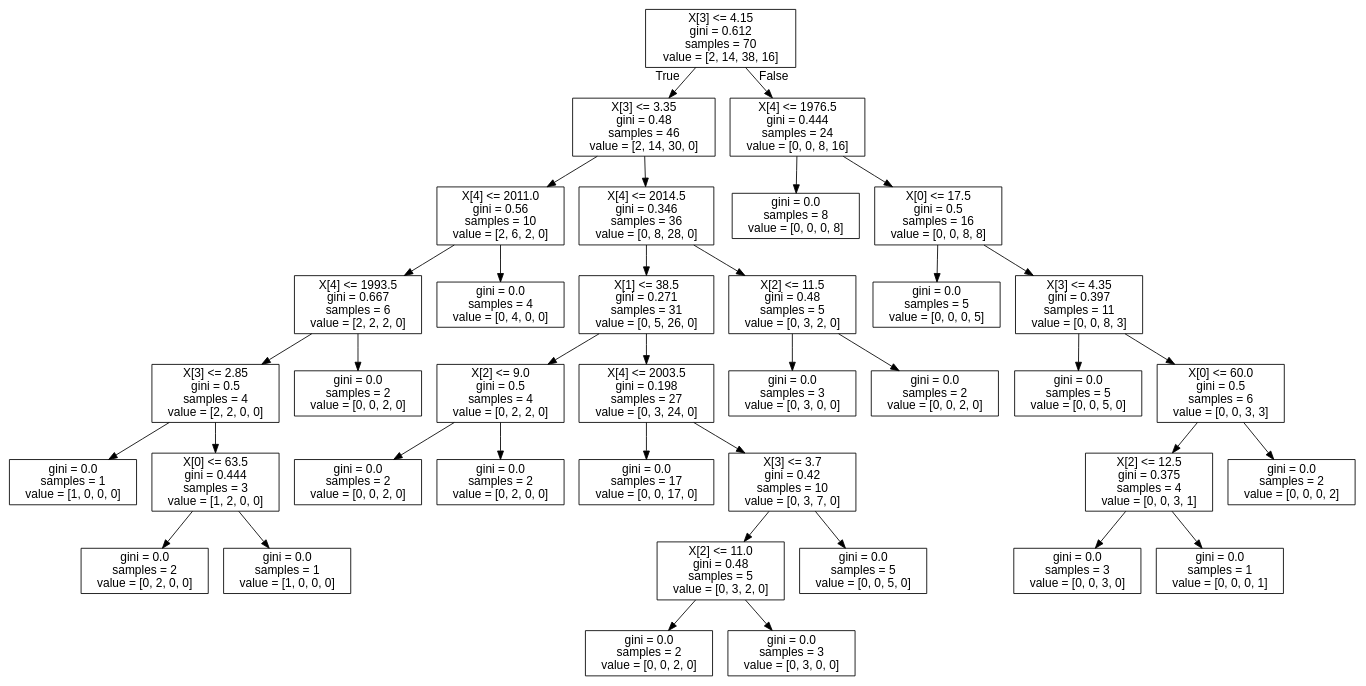
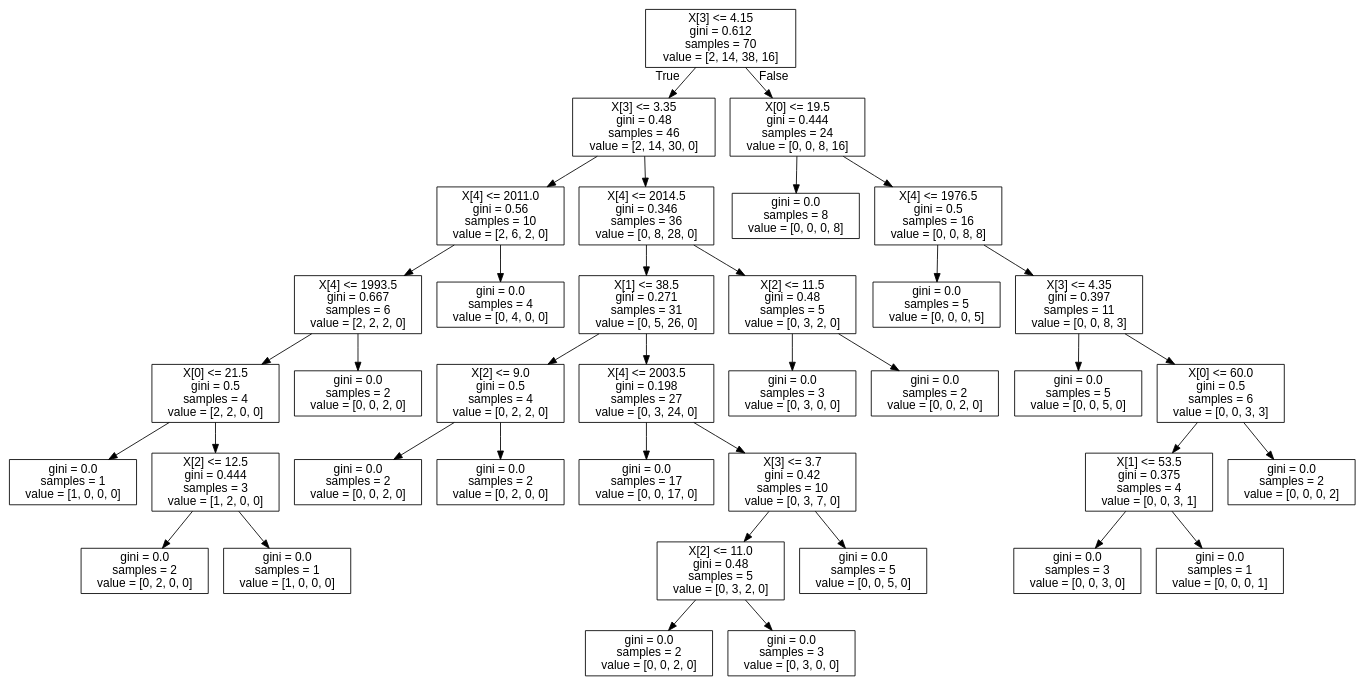
One commit to ViniciusOSAntos/Data-Science---Estudos-e-Atividades changed the diagram in BibliotecaMusicalV2/tree.dot. Above: the diagram before and after it, drawn with Graphviz. The commit also changed 2 other files, not shown here.

```diff
--- a/BibliotecaMusicalV2/tree.dot
+++ b/BibliotecaMusicalV2/tree.dot
@@ -1,77 +1,77 @@
 digraph Tree {
 node [shape=box, fontname="helvetica"] ;
 edge [fontname="helvetica"] ;
 0 [label="X[3] <= 4.15\ngini = 0.612\nsamples = 70\nvalue = [2, 14, 38, 16]"] ;
 1 [label="X[3] <= 3.35\ngini = 0.48\nsamples = 46\nvalue = [2, 14, 30, 0]"] ;
 0 -> 1 [labeldistance=2.5, labelangle=45, headlabel="True"] ;
 2 [label="X[4] <= 2011.0\ngini = 0.56\nsamples = 10\nvalue = [2, 6, 2, 0]"] ;
 1 -> 2 ;
 3 [label="X[4] <= 1993.5\ngini = 0.667\nsamples = 6\nvalue = [2, 2, 2, 0]"] ;
 2 -> 3 ;
-4 [label="X[3] <= 2.85\ngini = 0.5\nsamples = 4\nvalue = [2, 2, 0, 0]"] ;
+4 [label="X[0] <= 21.5\ngini = 0.5\nsamples = 4\nvalue = [2, 2, 0, 0]"] ;
 3 -> 4 ;
 5 [label="gini = 0.0\nsamples = 1\nvalue = [1, 0, 0, 0]"] ;
 4 -> 5 ;
-6 [label="X[0] <= 63.5\ngini = 0.444\nsamples = 3\nvalue = [1, 2, 0, 0]"] ;
+6 [label="X[2] <= 12.5\ngini = 0.444\nsamples = 3\nvalue = [1, 2, 0, 0]"] ;
 4 -> 6 ;
 7 [label="gini = 0.0\nsamples = 2\nvalue = [0, 2, 0, 0]"] ;
 6 -> 7 ;
 8 [label="gini = 0.0\nsamples = 1\nvalue = [1, 0, 0, 0]"] ;
 6 -> 8 ;
 9 [label="gini = 0.0\nsamples = 2\nvalue = [0, 0, 2, 0]"] ;
 3 -> 9 ;
 10 [label="gini = 0.0\nsamples = 4\nvalue = [0, 4, 0, 0]"] ;
 2 -> 10 ;
 11 [label="X[4] <= 2014.5\ngini = 0.346\nsamples = 36\nvalue = [0, 8, 28, 0]"] ;
 1 -> 11 ;
 12 [label="X[1] <= 38.5\ngini = 0.271\nsamples = 31\nvalue = [0, 5, 26, 0]"] ;
 11 -> 12 ;
 13 [label="X[2] <= 9.0\ngini = 0.5\nsamples = 4\nvalue = [0, 2, 2, 0]"] ;
 12 -> 13 ;
 14 [label="gini = 0.0\nsamples = 2\nvalue = [0, 0, 2, 0]"] ;
 13 -> 14 ;
 15 [label="gini = 0.0\nsamples = 2\nvalue = [0, 2, 0, 0]"] ;
 13 -> 15 ;
 16 [label="X[4] <= 2003.5\ngini = 0.198\nsamples = 27\nvalue = [0, 3, 24, 0]"] ;
 12 -> 16 ;
 17 [label="gini = 0.0\nsamples = 17\nvalue = [0, 0, 17, 0]"] ;
 16 -> 17 ;
 18 [label="X[3] <= 3.7\ngini = 0.42\nsamples = 10\nvalue = [0, 3, 7, 0]"] ;
 16 -> 18 ;
 19 [label="X[2] <= 11.0\ngini = 0.48\nsamples = 5\nvalue = [0, 3, 2, 0]"] ;
 18 -> 19 ;
 20 [label="gini = 0.0\nsamples = 2\nvalue = [0, 0, 2, 0]"] ;
 19 -> 20 ;
 21 [label="gini = 0.0\nsamples = 3\nvalue = [0, 3, 0, 0]"] ;
 19 -> 21 ;
 22 [label="gini = 0.0\nsamples = 5\nvalue = [0, 0, 5, 0]"] ;
 18 -> 22 ;
 23 [label="X[2] <= 11.5\ngini = 0.48\nsamples = 5\nvalue = [0, 3, 2, 0]"] ;
 11 -> 23 ;
 24 [label="gini = 0.0\nsamples = 3\nvalue = [0, 3, 0, 0]"] ;
 23 -> 24 ;
 25 [label="gini = 0.0\nsamples = 2\nvalue = [0, 0, 2, 0]"] ;
 23 -> 25 ;
-26 [label="X[4] <= 1976.5\ngini = 0.444\nsamples = 24\nvalue = [0, 0, 8, 16]"] ;
+26 [label="X[0] <= 19.5\ngini = 0.444\nsamples = 24\nvalue = [0, 0, 8, 16]"] ;
 0 -> 26 [labeldistance=2.5, labelangle=-45, headlabel="False"] ;
 27 [label="gini = 0.0\nsamples = 8\nvalue = [0, 0, 0, 8]"] ;
 26 -> 27 ;
-28 [label="X[0] <= 17.5\ngini = 0.5\nsamples = 16\nvalue = [0, 0, 8, 8]"] ;
+28 [label="X[4] <= 1976.5\ngini = 0.5\nsamples = 16\nvalue = [0, 0, 8, 8]"] ;
 26 -> 28 ;
 29 [label="gini = 0.0\nsamples = 5\nvalue = [0, 0, 0, 5]"] ;
 28 -> 29 ;
 30 [label="X[3] <= 4.35\ngini = 0.397\nsamples = 11\nvalue = [0, 0, 8, 3]"] ;
 28 -> 30 ;
 31 [label="gini = 0.0\nsamples = 5\nvalue = [0, 0, 5, 0]"] ;
 30 -> 31 ;
 32 [label="X[0] <= 60.0\ngini = 0.5\nsamples = 6\nvalue = [0, 0, 3, 3]"] ;
 30 -> 32 ;
-33 [label="X[2] <= 12.5\ngini = 0.375\nsamples = 4\nvalue = [0, 0, 3, 1]"] ;
+33 [label="X[1] <= 53.5\ngini = 0.375\nsamples = 4\nvalue = [0, 0, 3, 1]"] ;
 32 -> 33 ;
 34 [label="gini = 0.0\nsamples = 3\nvalue = [0, 0, 3, 0]"] ;
 33 -> 34 ;
 35 [label="gini = 0.0\nsamples = 1\nvalue = [0, 0, 0, 1]"] ;
 33 -> 35 ;
 36 [label="gini = 0.0\nsamples = 2\nvalue = [0, 0, 0, 2]"] ;
 32 -> 36 ;
 }
```
